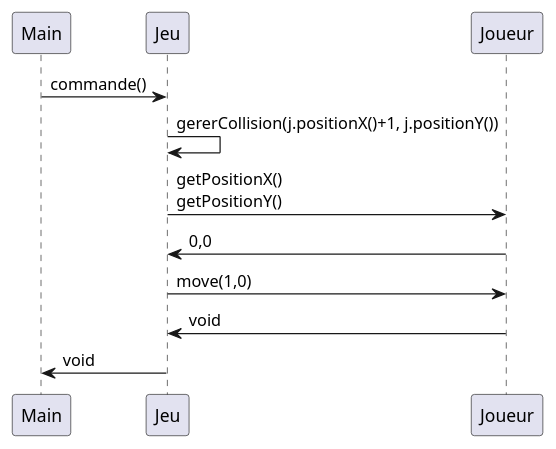
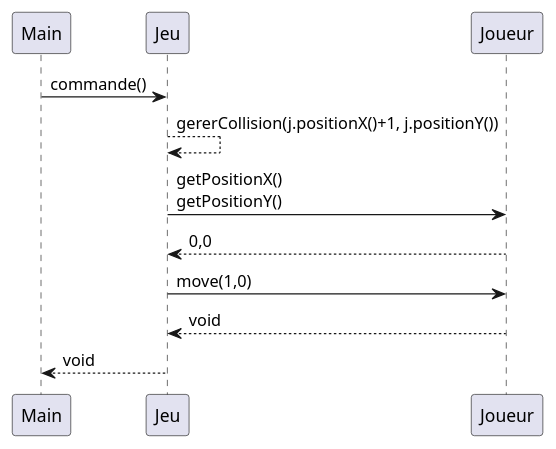
One commit to JeuFore/2020_COO_Zeldiablo_chastin3u_kieffe183u_chapell22u changed the diagram in documents/version_1/iteration_1/Diagrammes/DiagrammeDeSequence_f3.wsd. Above: the diagram before and after it, drawn with PlantUML. The commit also changed 5 other files, not shown here.

```diff
--- a/documents/version_1/iteration_1/Diagrammes/DiagrammeDeSequence_f3.wsd
+++ b/documents/version_1/iteration_1/Diagrammes/DiagrammeDeSequence_f3.wsd
@@ -1,11 +1,11 @@
 @startuml
 
 Main -> Jeu : commande()
-Jeu  -> Jeu : gererCollision(j.positionX()+1, j.positionY())
+Jeu  --> Jeu : gererCollision(j.positionX()+1, j.positionY())
 Jeu -> Joueur : getPositionX() \ngetPositionY()
-Jeu <- Joueur : 0,0
+Jeu <-- Joueur : 0,0
 Jeu -> Joueur : move(1,0)
-Jeu <- Joueur : void 
-Main <- Jeu : void
+Jeu <-- Joueur : void 
+Main <-- Jeu : void
 
 @enduml
```
